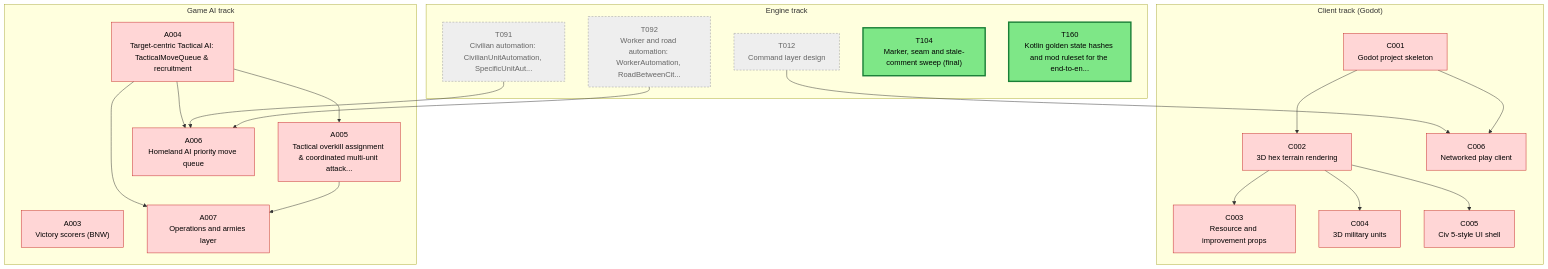
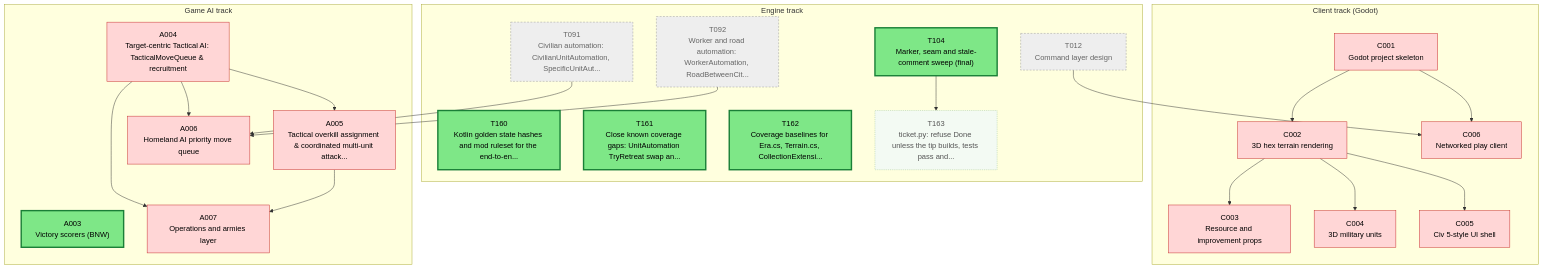
One commit to Kenmura/Unciv changed the first of 2 diagrams in csharp/migration/DEPENDENCY_MAP.md. Above: the diagram before and after it, drawn with Mermaid. The commit also changed other lines of this file and 1 other file, not shown here.

Commit message:
migration: A003 -> Available

````diff
--- a/csharp/migration/DEPENDENCY_MAP.md
+++ b/csharp/migration/DEPENDENCY_MAP.md
@@ -15,60 +15,67 @@
 ```mermaid
 flowchart TD
   subgraph TTRACK["Engine track"]
     T012["T012<br/>Command layer design"]
     T091["T091<br/>Civilian automation: CivilianUnitAutomation, SpecificUnitAut..."]
     T092["T092<br/>Worker and road automation: WorkerAutomation, RoadBetweenCit..."]
     T104["T104<br/>Marker, seam and stale-comment sweep (final)"]
     T160["T160<br/>Kotlin golden state hashes and mod ruleset for the end-to-en..."]
+    T161["T161<br/>Close known coverage gaps: UnitAutomation TryRetreat swap an..."]
+    T162["T162<br/>Coverage baselines for Era.cs, Terrain.cs, CollectionExtensi..."]
+    T163["T163<br/>ticket.py: refuse Done unless the tip builds, tests pass and..."]
   end
   subgraph CTRACK["Client track (Godot)"]
     C001["C001<br/>Godot project skeleton"]
     C002["C002<br/>3D hex terrain rendering"]
     C003["C003<br/>Resource and improvement props"]
     C004["C004<br/>3D military units"]
     C005["C005<br/>Civ 5-style UI shell"]
     C006["C006<br/>Networked play client"]
   end
   subgraph ATRACK["Game AI track"]
     A003["A003<br/>Victory scorers (BNW)"]
     A004["A004<br/>Target-centric Tactical AI: TacticalMoveQueue & recruitment"]
     A005["A005<br/>Tactical overkill assignment & coordinated multi-unit attack..."]
     A006["A006<br/>Homeland AI priority move queue"]
     A007["A007<br/>Operations and armies layer"]
   end
+  T104 --> T163
   C001 --> C002
   C002 --> C003
   C002 --> C004
   C002 --> C005
   T012 --> C006
   C001 --> C006
   A004 --> A005
   A004 --> A006
   T091 --> A006
   T092 --> A006
   A004 --> A007
   A005 --> A007
   classDef waiting fill:#f3faf3,stroke:#9bc49b,color:#555,stroke-dasharray:2 2
   classDef ondeck fill:#ffe8cc,stroke:#e8590c,stroke-width:3px,color:#000
   classDef ready fill:#7ee787,stroke:#1a7f37,stroke-width:3px,color:#000
   classDef prog fill:#fff3b0,stroke:#b58900,color:#000
   classDef review fill:#cfe4ff,stroke:#1f6feb,color:#000
   classDef blocked fill:#ffd6d6,stroke:#c62828,color:#000
   classDef done fill:#eeeeee,stroke:#999999,color:#666,stroke-dasharray:4 3
-  class A003 blocked
+  class A003 ready
   class A004 blocked
   class A005 blocked
   class A006 blocked
   class A007 blocked
   class C001 blocked
   class C002 blocked
   class C003 blocked
   class C004 blocked
   class C005 blocked
   class C006 blocked
   class T012 done
   class T091 done
   class T092 done
   class T104 ready
   class T160 ready
+  class T161 ready
+  class T162 ready
+  class T163 waiting
 ```
````
